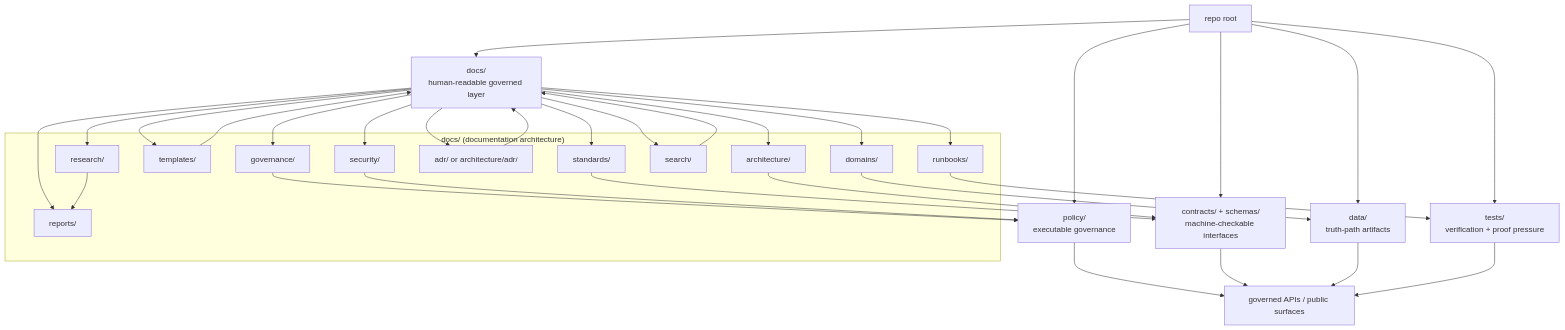
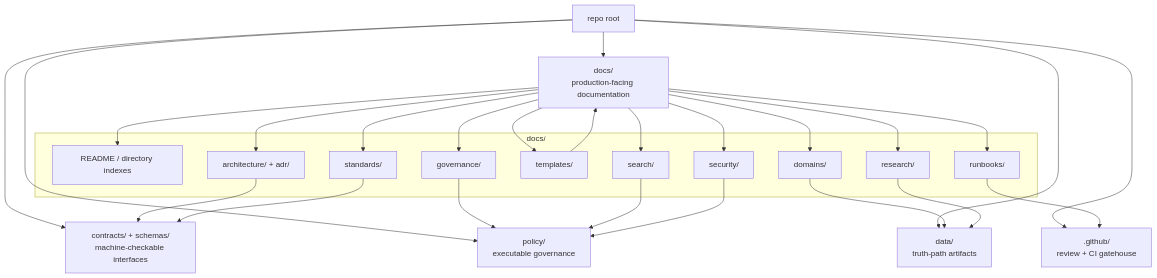
One commit to bartytime4life/Kansas-Frontier-Matrix changed the diagram in docs/README.md. Above: the diagram before and after it, drawn with Mermaid. The commit also changed other lines of this file, not shown here.

````diff
--- a/docs/README.md
+++ b/docs/README.md
@@ -257,50 +229,42 @@
 ```mermaid
 flowchart TD
-    ROOT["repo root"] --> DOCS["docs/<br/>human-readable governed layer"]
+    ROOT["repo root"] --> DOCS["docs/<br/>production-facing documentation"]
     ROOT --> CONTRACTS["contracts/ + schemas/<br/>machine-checkable interfaces"]
     ROOT --> POLICY["policy/<br/>executable governance"]
     ROOT --> DATA["data/<br/>truth-path artifacts"]
-    ROOT --> TESTS["tests/<br/>verification + proof pressure"]
+    ROOT --> GATE[".github/<br/>review + CI gatehouse"]
 
-    subgraph D["docs/ (documentation architecture)"]
+    subgraph D["docs/"]
+        IDX["README / directory indexes"]
+        ARCH["architecture/ + adr/"]
         GOV["governance/"]
         STD["standards/"]
         TMP["templates/"]
+        DOM["domains/"]
         RUN["runbooks/"]
-        ARCH["architecture/"]
-        ADR["adr/ or architecture/adr/"]
         RES["research/"]
         SRCH["search/"]
         SEC["security/"]
-        RPT["reports/"]
-        DOM["domains/"]
     end
 
+    DOCS --> IDX
+    DOCS --> ARCH
     DOCS --> GOV
     DOCS --> STD
     DOCS --> TMP
+    DOCS --> DOM
     DOCS --> RUN
-    DOCS --> ARCH
-    DOCS --> ADR
     DOCS --> RES
     DOCS --> SRCH
     DOCS --> SEC
-    DOCS --> RPT
-    DOCS --> DOM
 
+    ARCH --> CONTRACTS
     GOV --> POLICY
     STD --> CONTRACTS
     TMP --> DOCS
-    RUN --> TESTS
-    ARCH --> CONTRACTS
-    ADR --> DOCS
-    RES --> RPT
-    SRCH --> DOCS
+    DOM --> DATA
+    RUN --> GATE
+    RES --> DATA
+    SRCH --> POLICY
     SEC --> POLICY
-    DOM --> DATA
-
-    POLICY --> PUB["governed APIs / public surfaces"]
-    CONTRACTS --> PUB
-    DATA --> PUB
-    TESTS --> PUB
 ```
````
